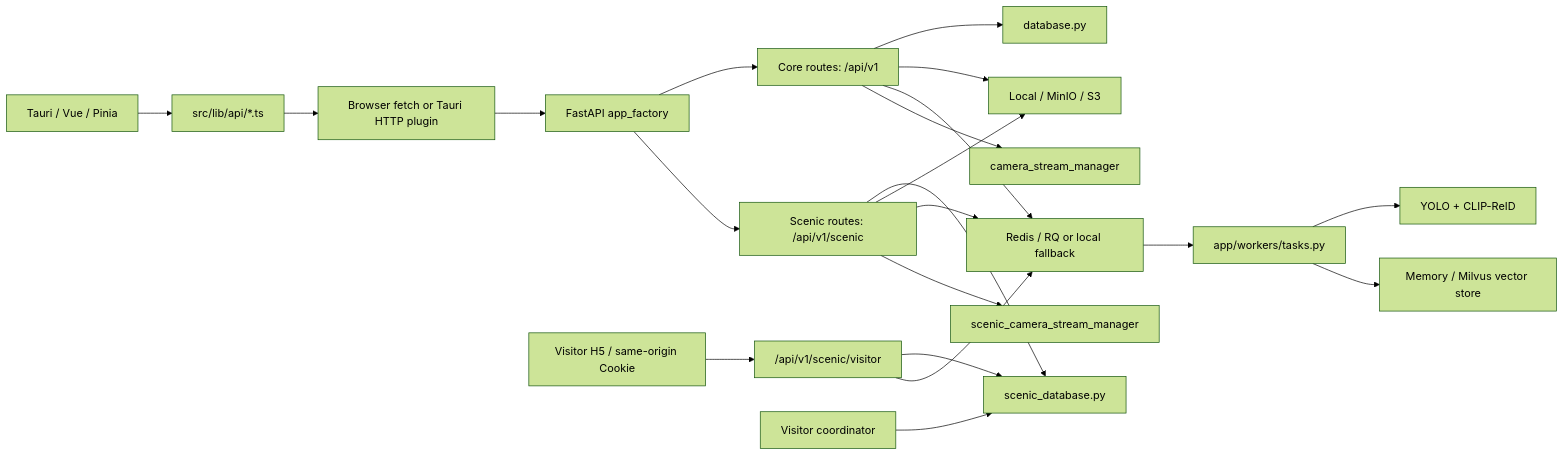
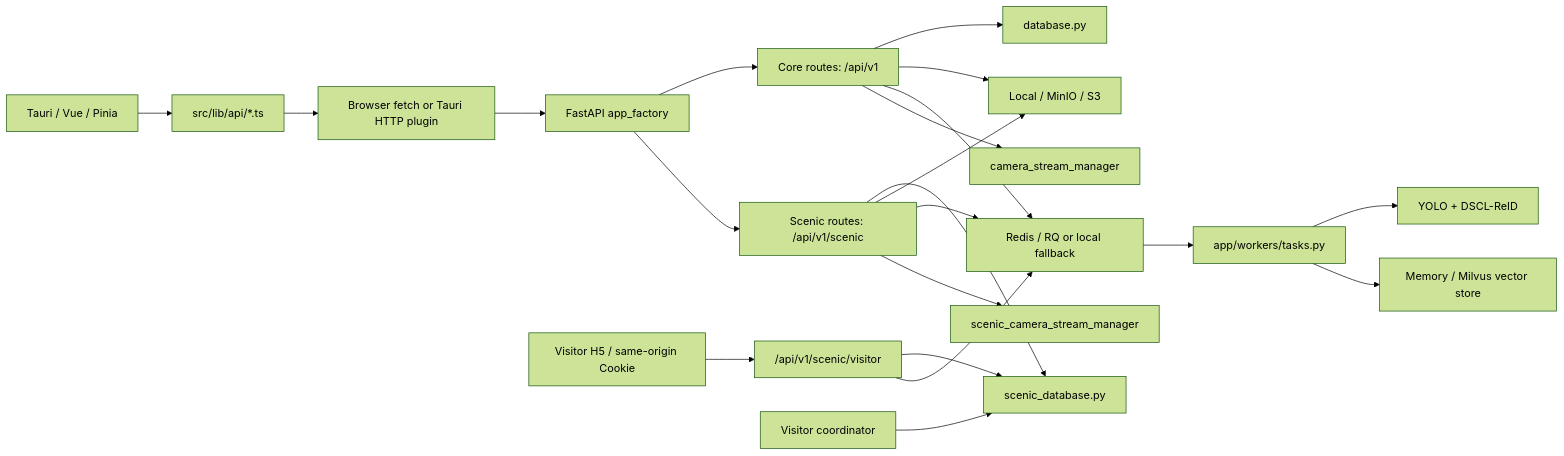
Before and after one commit to Winter0723/ReID: the first of 4 diagrams in docs/API.md, drawn with Mermaid (forest theme). The commit also changed other lines of this file and 120 other files, not shown here.

````diff
--- a/docs/API.md
+++ b/docs/API.md
@@ -15,23 +15,23 @@
 ```mermaid
 flowchart LR
     UI["Tauri / Vue / Pinia"] --> API_TS["src/lib/api/*.ts"]
     API_TS --> HTTP["Browser fetch or Tauri HTTP plugin"]
     HTTP --> FASTAPI["FastAPI app_factory"]
     FASTAPI --> CORE["Core routes: /api/v1"]
     FASTAPI --> SCENIC["Scenic routes: /api/v1/scenic"]
     H5["Visitor H5 / same-origin Cookie"] --> VISITOR["/api/v1/scenic/visitor"]
     VISITOR --> DB2
     VISITOR --> QUEUE
     COORD["Visitor coordinator"] --> DB2
     CORE --> DB1["database.py"]
     SCENIC --> DB2["scenic_database.py"]
     CORE --> STORAGE["Local / MinIO / S3"]
     SCENIC --> STORAGE
     CORE --> QUEUE["Redis / RQ or local fallback"]
     SCENIC --> QUEUE
     QUEUE --> WORKER["app/workers/tasks.py"]
-    WORKER --> MODEL["YOLO + CLIP-ReID"]
+    WORKER --> MODEL["YOLO + DSCL-ReID"]
     WORKER --> VECTOR["Memory / Milvus vector store"]
     CORE --> CAMERA["camera_stream_manager"]
     SCENIC --> SCENIC_CAMERA["scenic_camera_stream_manager"]
 ```
````
